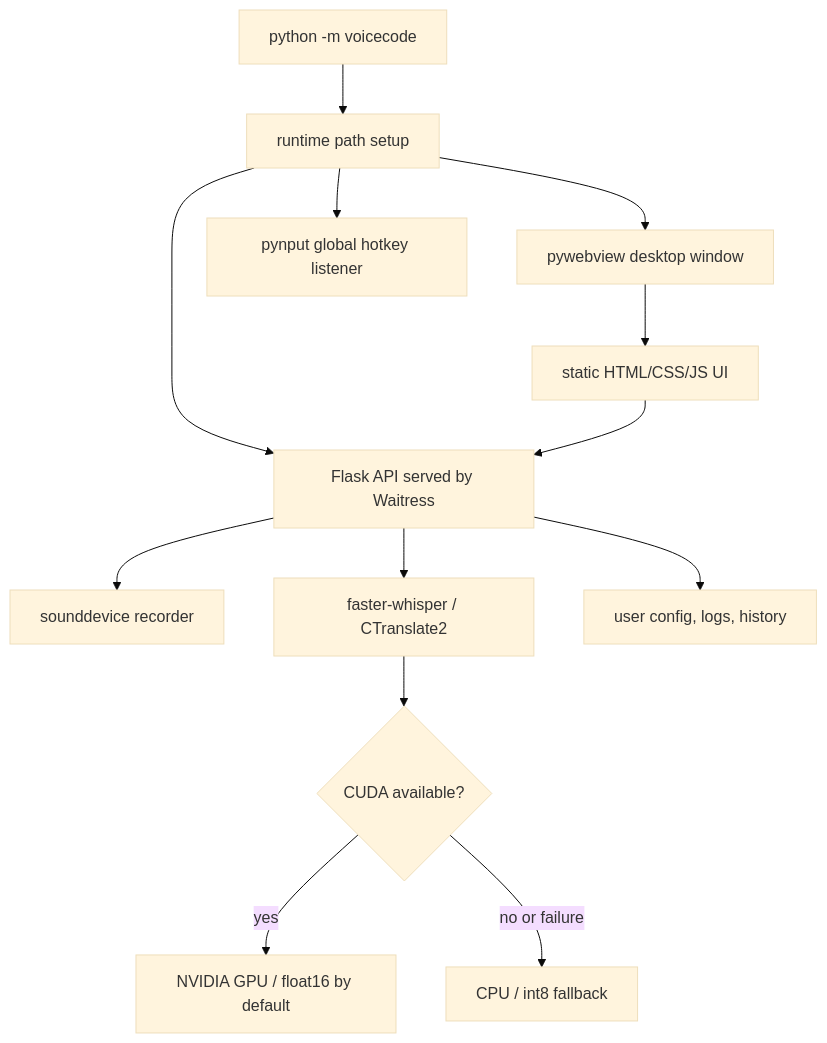
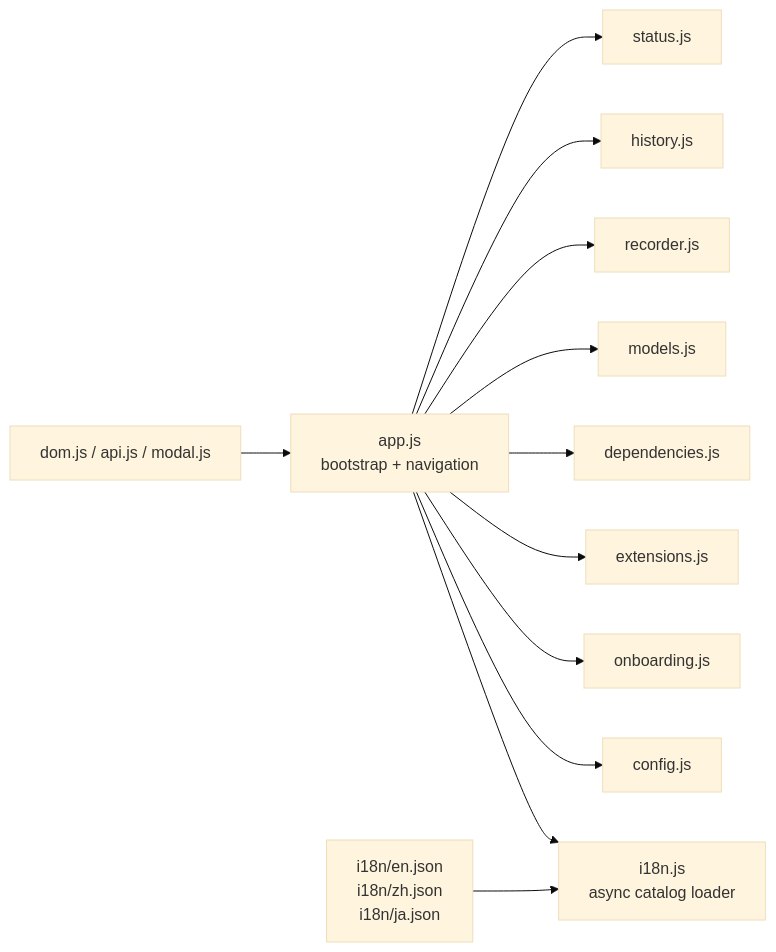
The second of 4 diagrams in docs/ARCHITECTURE.md (learnerbruse1/voicecode), drawn with Mermaid (base theme) before and after one commit. The commit also changed other lines of this file and 72 other files, not shown here.

````diff
--- a/docs/ARCHITECTURE.md
+++ b/docs/ARCHITECTURE.md
@@ -5,15 +49,14 @@
 ```mermaid
-flowchart TD
-  A["python -m voicecode"] --> B["runtime path setup"]
-  B --> C["Flask API served by Waitress"]
-  B --> D["pywebview desktop window"]
-  B --> E["pynput global hotkey listener"]
-  D --> F["static HTML/CSS/JS UI"]
-  F --> C
-  C --> G["sounddevice recorder"]
-  C --> H["faster-whisper / CTranslate2"]
-  H --> I{"CUDA available?"}
-  I -->|yes| J["NVIDIA GPU / float16 by default"]
-  I -->|no or failure| K["CPU / int8 fallback"]
-  C --> L["user config, logs, history"]
+flowchart LR
+  App["app.js\nbootstrap + navigation"] --> I18n["i18n.js\nasync catalog loader"]
+  App --> Config["config.js"]
+  App --> Onboarding["onboarding.js"]
+  App --> Extensions["extensions.js"]
+  App --> Dependencies["dependencies.js"]
+  App --> Models["models.js"]
+  App --> Recorder["recorder.js"]
+  App --> History["history.js"]
+  App --> Status["status.js"]
+  Shared["dom.js / api.js / modal.js"] --> App
+  CatalogJSON["i18n/en.json\ni18n/zh.json\ni18n/ja.json"] --> I18n
 ```
````
